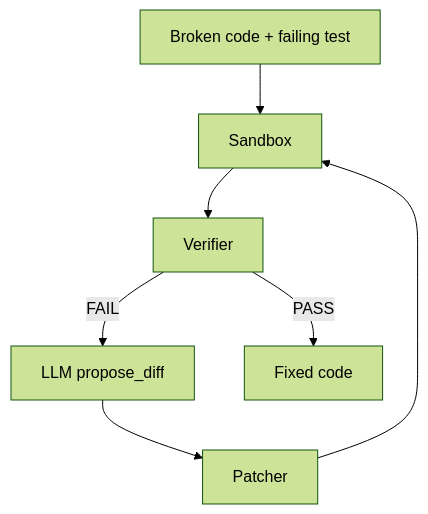
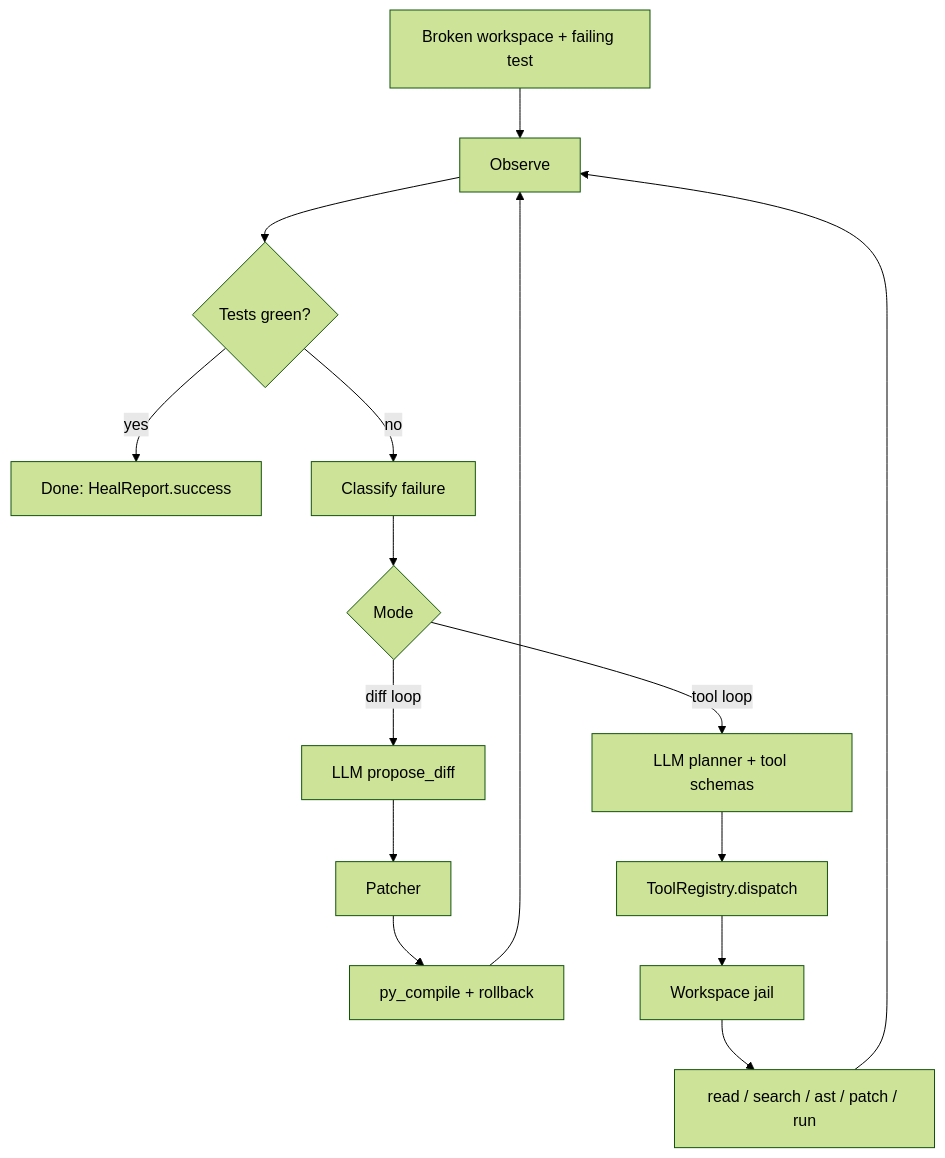
One commit to OlegUnreal/self-healing-pipeline changed the first of 3 diagrams in docs/architecture.md. Above: the diagram before and after it, drawn with Mermaid (forest theme). The commit also changed other lines of this file and 1 other file, not shown here.

Commit message:
Document architecture, tools, and library choices.

````diff
--- a/docs/architecture.md
+++ b/docs/architecture.md
@@ -3,9 +9,17 @@
 ```mermaid
-graph TD
-    A[Broken code + failing test] --> B[Sandbox]
-    B --> C[Verifier]
-    C -->|FAIL| D[LLM propose_diff]
-    D --> E[Patcher]
-    E --> B
-    C -->|PASS| F[Fixed code]
+flowchart TD
+    A[Broken workspace + failing test] --> B[Observe]
+    B --> C{Tests green?}
+    C -->|yes| Z[Done: HealReport.success]
+    C -->|no| D[Classify failure]
+    D --> E{Mode}
+    E -->|diff loop| F[LLM propose_diff]
+    F --> G[Patcher]
+    G --> H[py_compile + rollback]
+    H --> B
+    E -->|tool loop| I[LLM planner + tool schemas]
+    I --> J[ToolRegistry.dispatch]
+    J --> K[Workspace jail]
+    K --> L[read / search / ast / patch / run]
+    L --> B
 ```
````
